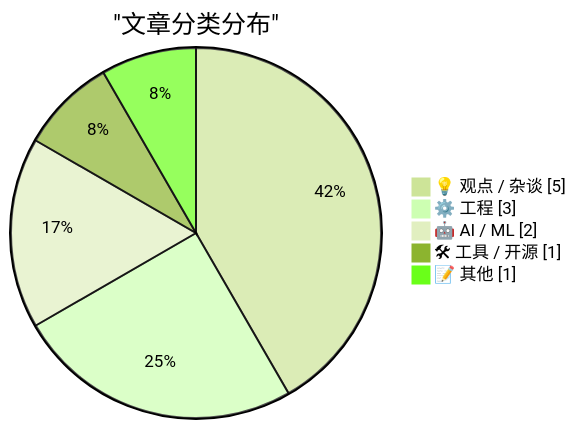
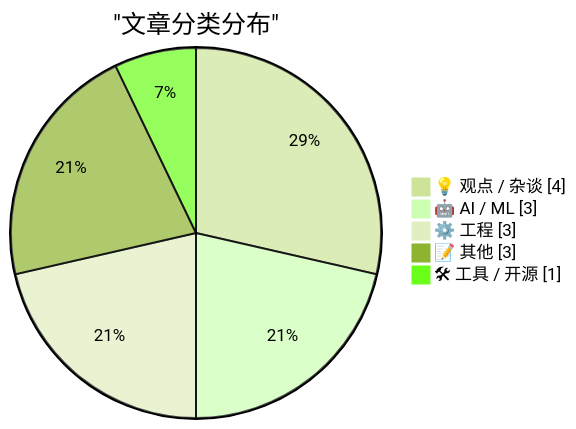
One commit to SamhooXee/aidigest changed the first of 2 diagrams in content/digest_2026-03-21.md. Above: the diagram before and after it, drawn with Mermaid (forest theme). The commit also changed other lines of this file, not shown here.

````diff
--- a/content/digest_2026-03-21.md
+++ b/content/digest_2026-03-21.md
@@ -47,9 +53,9 @@
 ```mermaid
 pie showData
     title "文章分类分布"
-    "💡 观点 / 杂谈" : 5
+    "💡 观点 / 杂谈" : 4
+    "🤖 AI / ML" : 3
     "⚙️ 工程" : 3
-    "🤖 AI / ML" : 2
+    "📝 其他" : 3
     "🛠 工具 / 开源" : 1
-    "📝 其他" : 1
 ```
````
